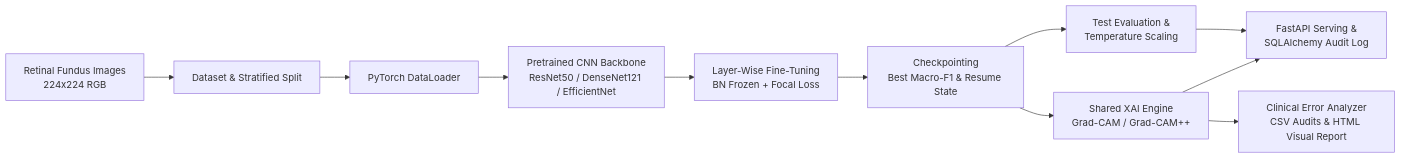
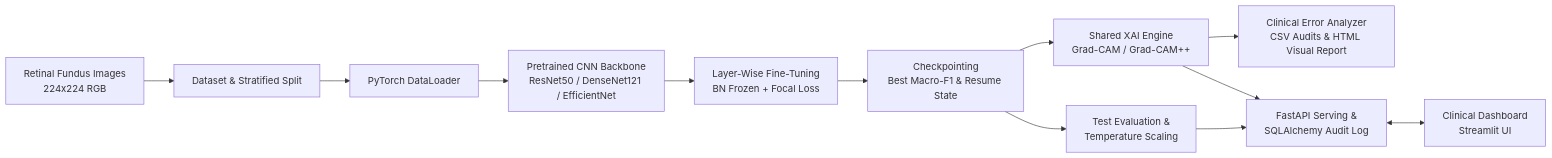
The diagram in README.md (mjavadzare/medical-ai-platform), drawn with Mermaid before and after one commit. The commit also changed other lines of this file and 22 other files, not shown here.

First line of the commit message:
feat: add clinical Streamlit dashboard and multi-service Docker setup

````diff
--- a/README.md
+++ b/README.md
@@ -27,13 +28,14 @@
 ```mermaid
 flowchart LR
     A[Retinal Fundus Images<br/>224x224 RGB] --> B[Dataset & Stratified Split]
     B --> C[PyTorch DataLoader]
     C --> D[Pretrained CNN Backbone<br/>ResNet50 / DenseNet121 / EfficientNet]
     D --> E[Layer-Wise Fine-Tuning<br/>BN Frozen + Focal Loss]
     E --> F[Checkpointing<br/>Best Macro-F1 & Resume State]
     F --> G[Test Evaluation &<br/>Temperature Scaling]
     F --> H[Shared XAI Engine<br/>Grad-CAM / Grad-CAM++]
     H --> I[Clinical Error Analyzer<br/>CSV Audits & HTML Visual Report]
     G --> J[FastAPI Serving &<br/>SQLAlchemy Audit Log]
     H --> J
+    J <--> K[Clinical Dashboard<br/>Streamlit UI]
 ```
````
